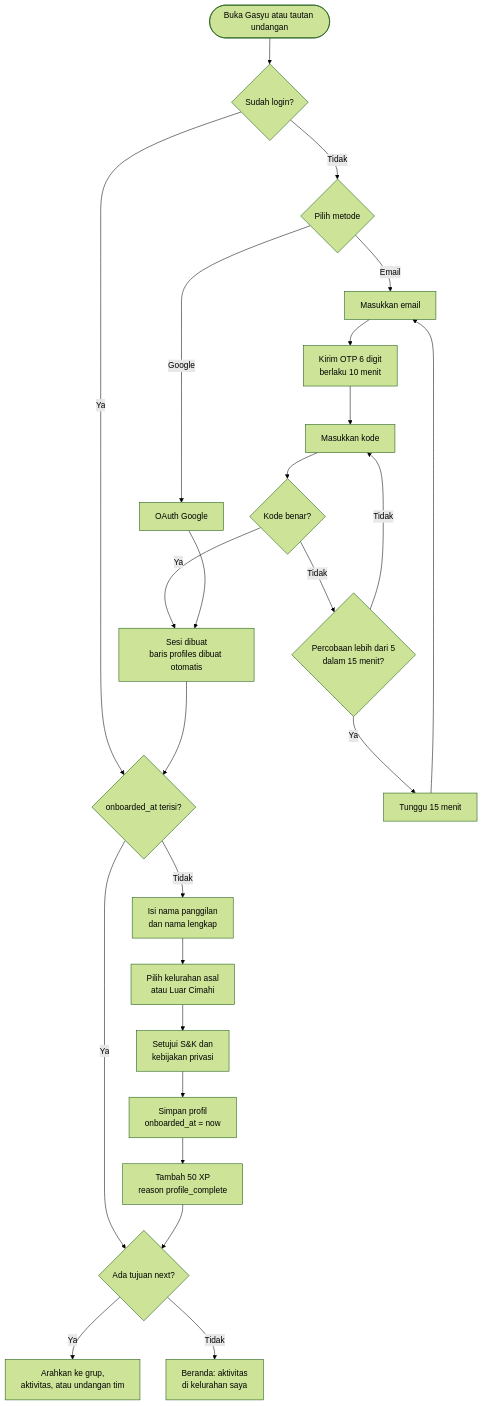
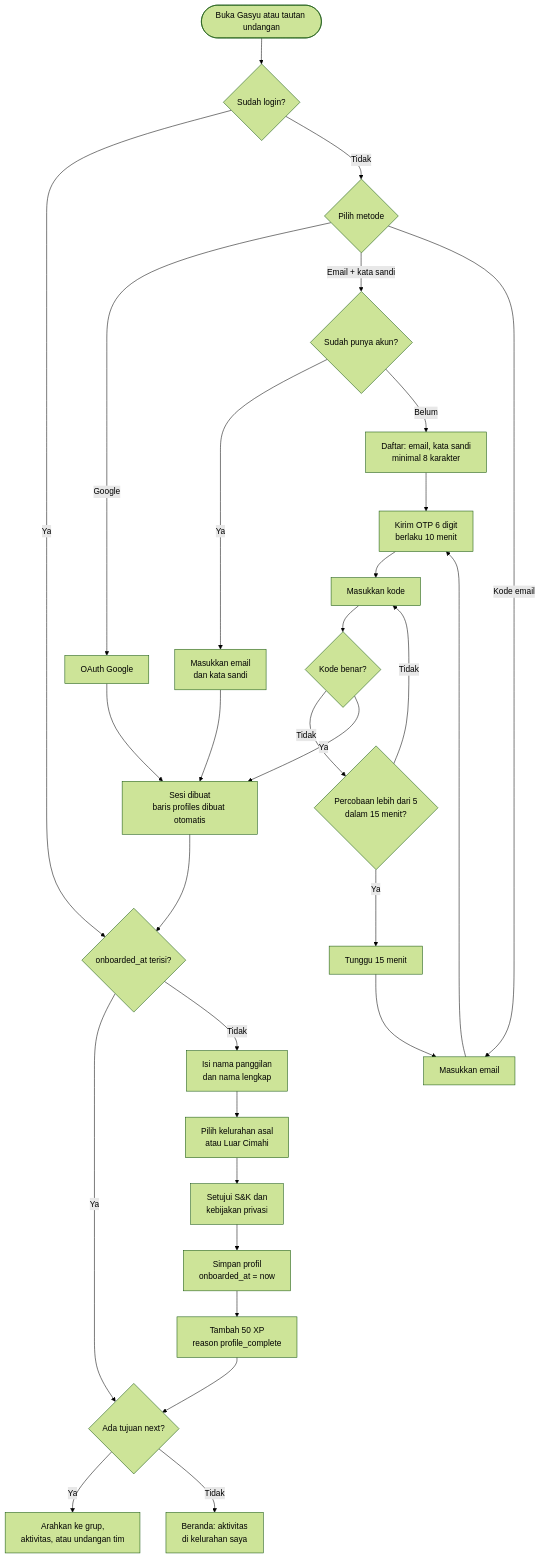
One commit to mirwanma/gasyu changed the third of 30 diagrams in docs/ALUR-SISTEM.md. Above: the diagram before and after it, drawn with Mermaid (forest theme). The commit also changed other lines of this file and 16 other files, not shown here.

First line of the commit message:
Login dan daftar dengan email + kata sandi

````diff
--- a/docs/ALUR-SISTEM.md
+++ b/docs/ALUR-SISTEM.md
@@ -183,26 +183,29 @@
 ```mermaid
 flowchart TD
     S([Buka Gasyu atau tautan undangan]) --> L{Sudah login?}
     L -- Ya --> O
     L -- Tidak --> M{Pilih metode}
     M -->|Google| G[OAuth Google]
-    M -->|Email| E[Masukkan email]
+    M -->|Email + kata sandi| PW{Sudah punya akun?}
+    PW -- Ya --> PL[Masukkan email<br/>dan kata sandi] --> SES
+    PW -- Belum --> SU[Daftar: email, kata sandi<br/>minimal 8 karakter] --> OT
+    M -->|Kode email| E[Masukkan email]
     E --> OT[Kirim OTP 6 digit<br/>berlaku 10 menit]
     OT --> IN[Masukkan kode]
     IN --> V{Kode benar?}
     V -- Tidak --> R{Percobaan lebih dari 5<br/>dalam 15 menit?}
     R -- Ya --> BL[Tunggu 15 menit] --> E
     R -- Tidak --> IN
     V -- Ya --> SES
     G --> SES[Sesi dibuat<br/>baris profiles dibuat otomatis]
     SES --> O{onboarded_at terisi?}
     O -- Ya --> NX
     O -- Tidak --> F1[Isi nama panggilan<br/>dan nama lengkap]
     F1 --> F2[Pilih kelurahan asal<br/>atau Luar Cimahi]
     F2 --> F3[Setujui S&K dan<br/>kebijakan privasi]
     F3 --> F4[Simpan profil<br/>onboarded_at = now]
     F4 --> XP[Tambah 50 XP<br/>reason profile_complete]
     XP --> NX{Ada tujuan next?}
     NX -- Ya --> T[Arahkan ke grup,<br/>aktivitas, atau undangan tim]
     NX -- Tidak --> H[Beranda: aktivitas<br/>di kelurahan saya]
 ```
````
